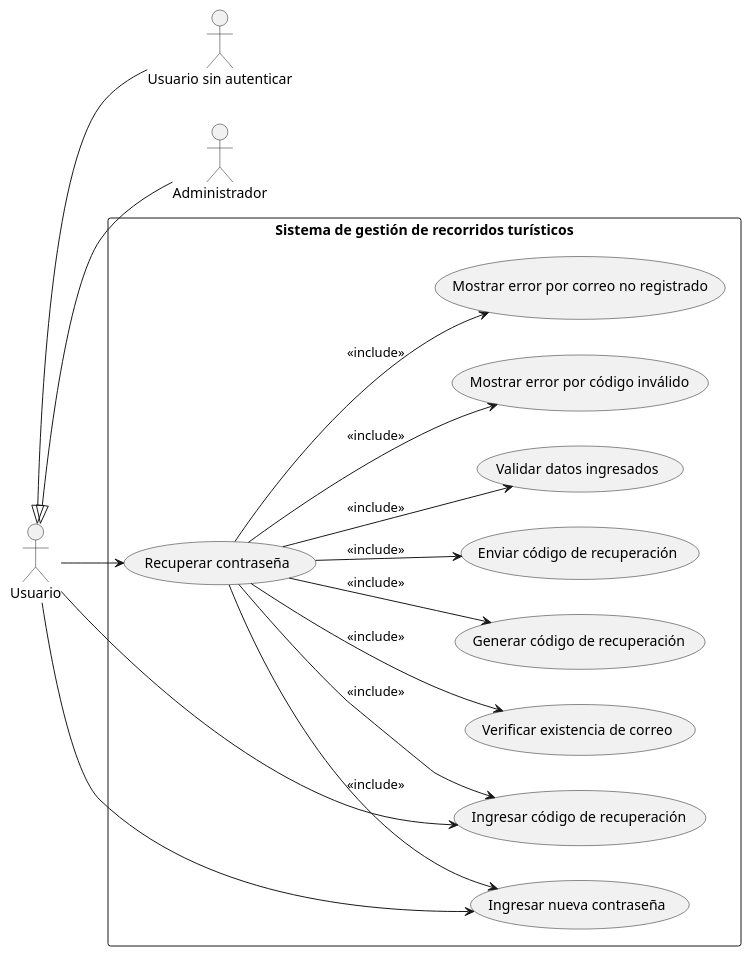
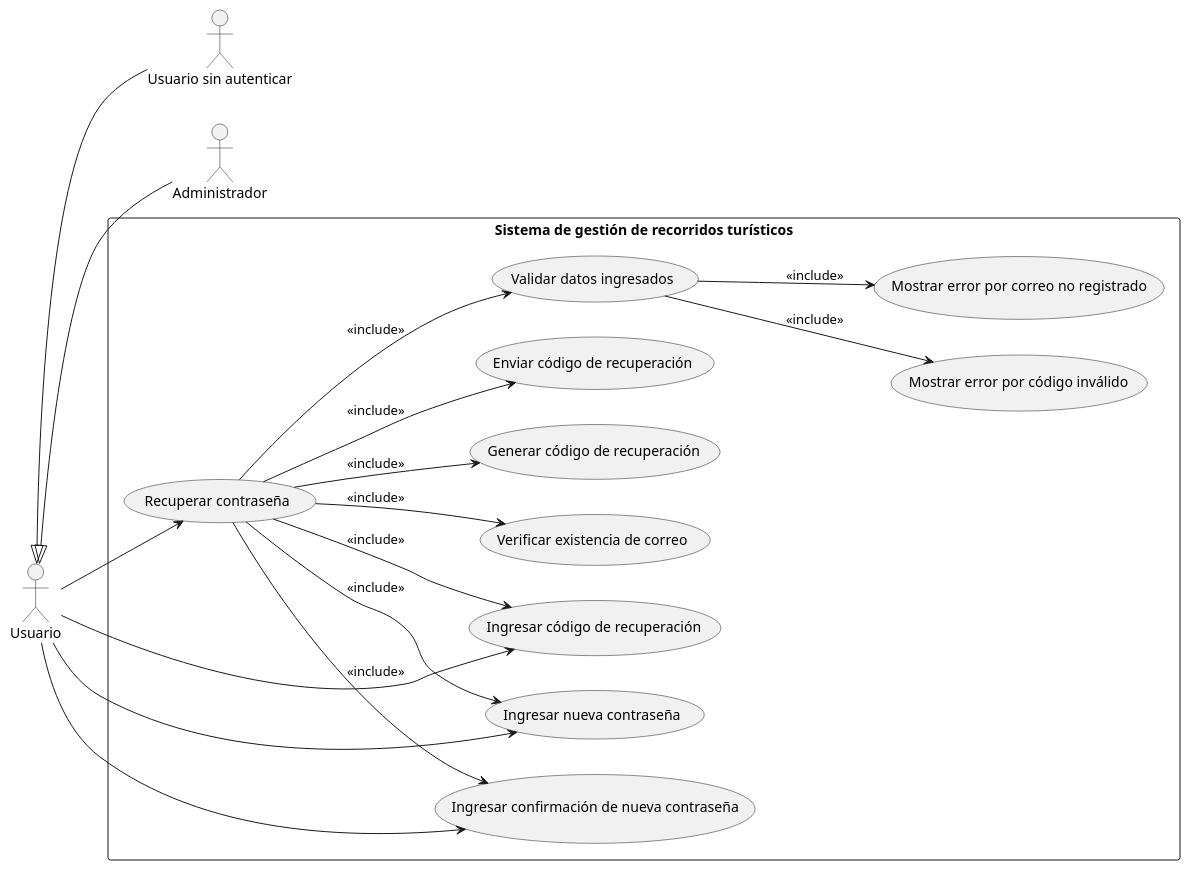
Before and after one commit to LauKnitIn/SISTEMA-GESTOR-DE-RECORRIDOS: the diagram in diagramas_modulo_autenticacion/casos-uso-modulo-autenticacion/CU_Recuperar_contraseña.puml, drawn with PlantUML. The commit also changed 11 other files, not shown here.

Commit message:
Se modificaron los diagramas de secuencia y actividades del módulo de autenticación

```diff
--- a/diagramas_modulo_autenticacion/casos-uso-modulo-autenticacion/CU_Recuperar_contraseña.puml
+++ b/diagramas_modulo_autenticacion/casos-uso-modulo-autenticacion/CU_Recuperar_contraseña.puml
@@ -1,35 +1,38 @@
 @startuml
 left to right direction
 
 actor Usuario
 actor "Usuario sin autenticar" as authUser
 actor Administrador
 
 Usuario <|-- authUser
 Usuario <|-- Administrador
 
 rectangle "Sistema de gestión de recorridos turísticos" {
   usecase "Recuperar contraseña" as UC_main
   usecase "Verificar existencia de correo" as UC1
   usecase "Generar código de recuperación" as UC2
   usecase "Enviar código de recuperación" as UC3
   usecase "Ingresar código de recuperación" as UC4
   usecase "Validar datos ingresados" as UC5
   usecase "Ingresar nueva contraseña" as UC6
   usecase "Mostrar error por código inválido" as UC7
   usecase "Mostrar error por correo no registrado" as UC8
+  usecase "Ingresar confirmación de nueva contraseña" as UC9
 
   UC_main --> UC1 : <<include>>
   UC_main --> UC2 : <<include>>
   UC_main --> UC3 : <<include>>
   UC_main --> UC4 : <<include>>
   UC_main --> UC5 : <<include>>
   UC_main --> UC6 : <<include>>
-  UC_main --> UC7 : <<include>>
-  UC_main --> UC8 : <<include>>
+  UC_main --> UC9 : <<include>>
+  UC5 --> UC7 : <<include>>
+  UC5 --> UC8 : <<include>>
 }
 
 Usuario --> UC_main
 Usuario --> UC4
 Usuario --> UC6
+Usuario --> UC9
 @enduml
```
